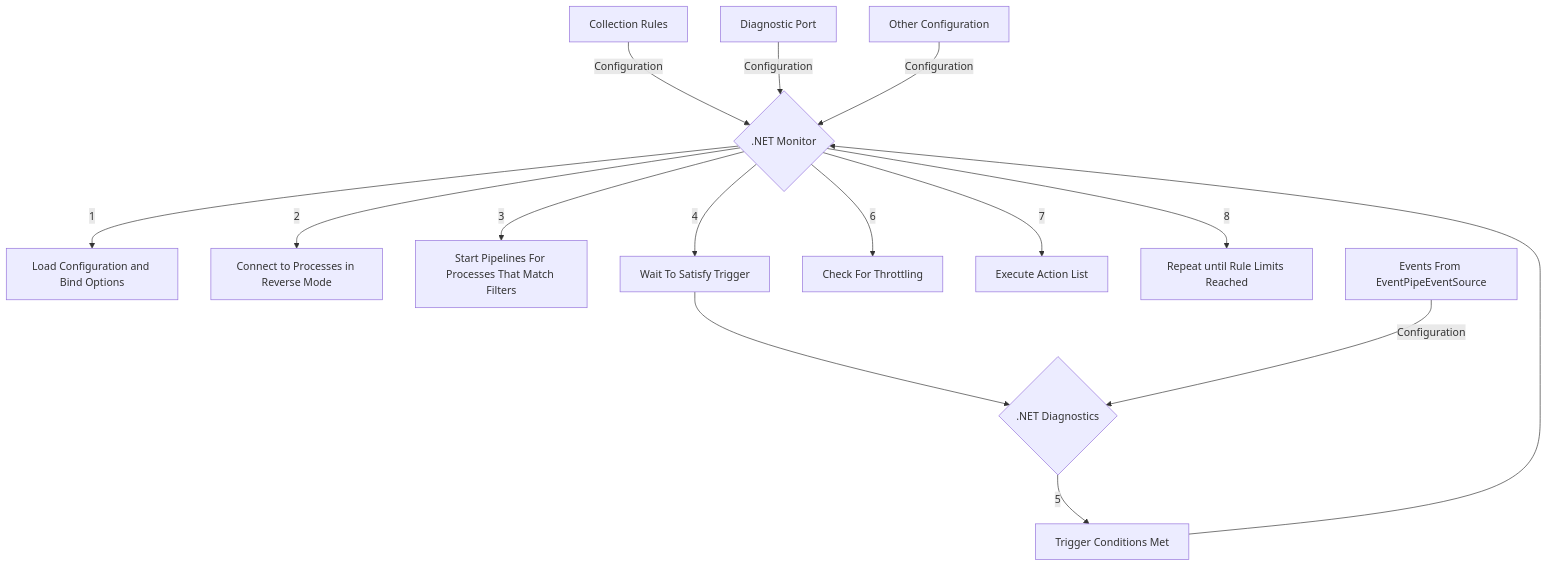
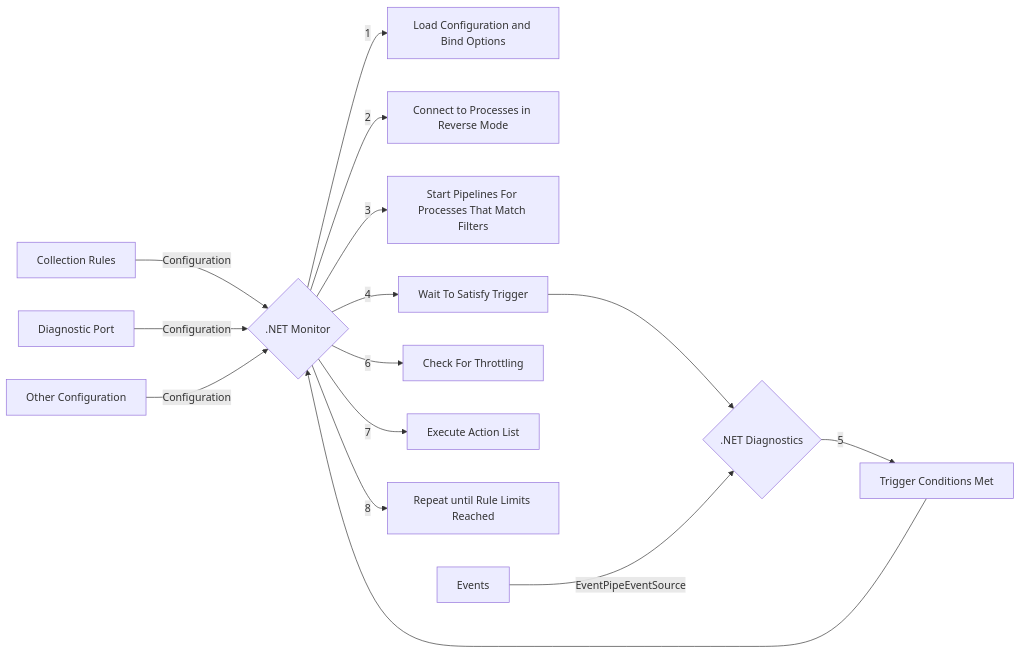
The diagram in documentation/learningPath/collectionrules.md (dotnet/dotnet-monitor), drawn with Mermaid before and after one commit.

````diff
--- a/documentation/learningPath/collectionrules.md
+++ b/documentation/learningPath/collectionrules.md
@@ -20,19 +20,19 @@
 ```mermaid
-graph TD
+graph LR
     A[Collection Rules] --> |Configuration| N{.NET Monitor}
     B[Diagnostic Port] --> |Configuration| N{.NET Monitor}
     C[Other Configuration] --> |Configuration| N{.NET Monitor}
     N --> |1| O[Load Configuration and Bind Options]
     N --> |2| P[Connect to Processes in Reverse Mode]    
     N --> |3| Q[Start Pipelines For Processes That Match Filters]
     N --> |4| R[Wait To Satisfy Trigger]
     R --> U
     U --> |5| S[Trigger Conditions Met]
     S --> N
     N --> |6| V[Check For Throttling]
     N --> |7| W[Execute Action List]
     N --> |8| X[Repeat until Rule Limits Reached]
 
 
-    T[Events From EventPipeEventSource] --> |Configuration| U{.NET Diagnostics}
+    T[Events] --> |EventPipeEventSource| U{.NET Diagnostics}
 ```
````
